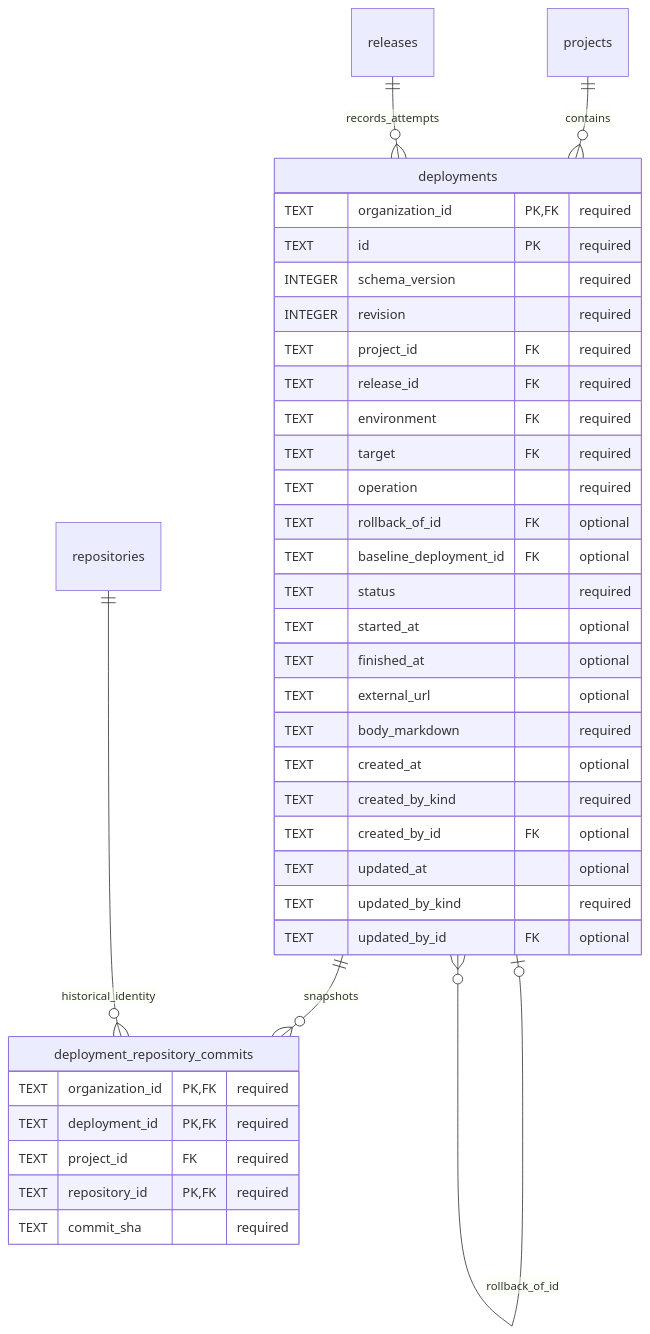
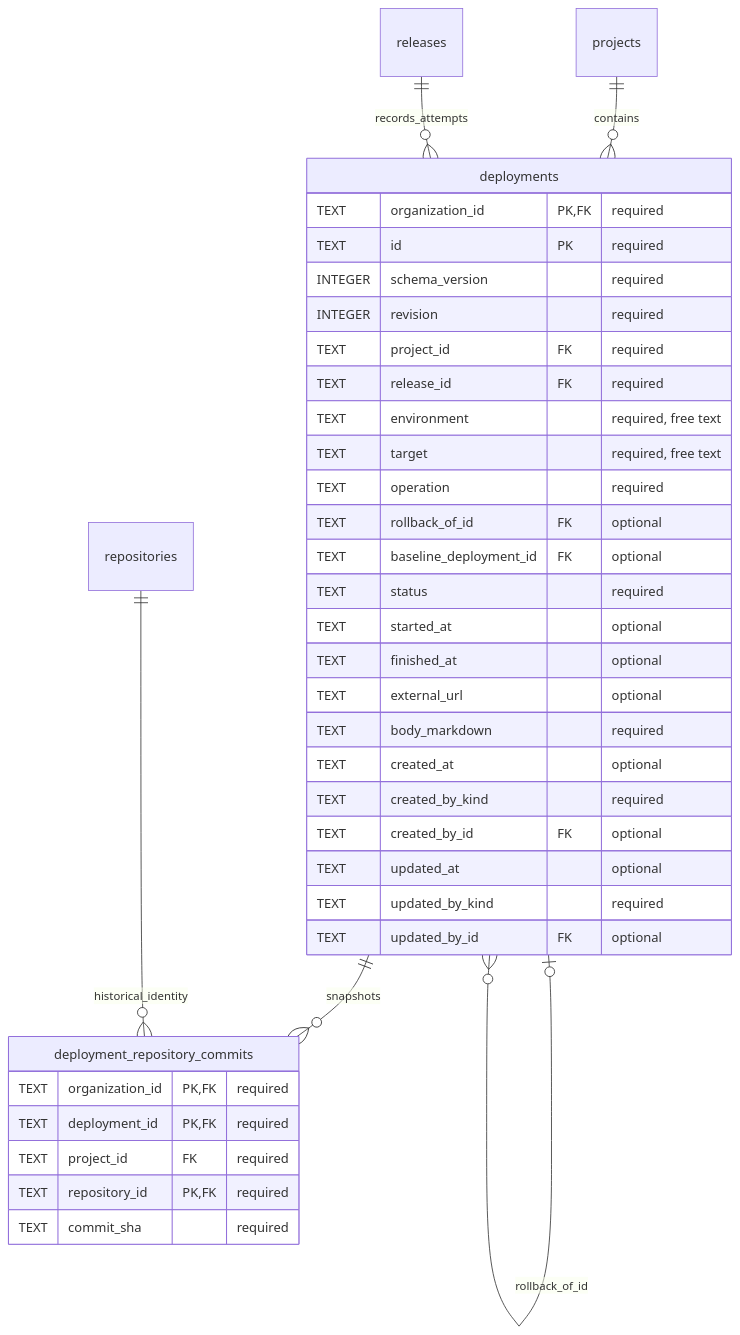
Before and after one commit to vgmello/agentic-org: the diagram in docs/design/organization-data/07-release-deployments.md, drawn with Mermaid. The commit also changed other lines of this file and 49 other files, not shown here.

````diff
--- a/docs/design/organization-data/07-release-deployments.md
+++ b/docs/design/organization-data/07-release-deployments.md
@@ -7,39 +7,39 @@
 ```mermaid
 erDiagram
     projects ||--o{ deployments : contains
     releases ||--o{ deployments : records_attempts
     deployments o|--o{ deployments : rollback_of_id
     deployments ||--o{ deployment_repository_commits : snapshots
     repositories ||--o{ deployment_repository_commits : historical_identity
     deployments {
         TEXT organization_id PK, FK "required"
         TEXT id PK "required"
         INTEGER schema_version "required"
         INTEGER revision "required"
         TEXT project_id FK "required"
         TEXT release_id FK "required"
-        TEXT environment FK "required"
-        TEXT target FK "required"
+        TEXT environment "required, free text"
+        TEXT target "required, free text"
         TEXT operation "required"
         TEXT rollback_of_id FK "optional"
         TEXT baseline_deployment_id FK "optional"
         TEXT status "required"
         TEXT started_at "optional"
         TEXT finished_at "optional"
         TEXT external_url "optional"
         TEXT body_markdown "required"
         TEXT created_at "optional"
         TEXT created_by_kind "required"
         TEXT created_by_id FK "optional"
         TEXT updated_at "optional"
         TEXT updated_by_kind "required"
         TEXT updated_by_id FK "optional"
     }
     deployment_repository_commits {
         TEXT organization_id PK, FK "required"
         TEXT deployment_id PK, FK "required"
         TEXT project_id FK "required"
         TEXT repository_id PK, FK "required"
         TEXT commit_sha "required"
     }
 ```
````
